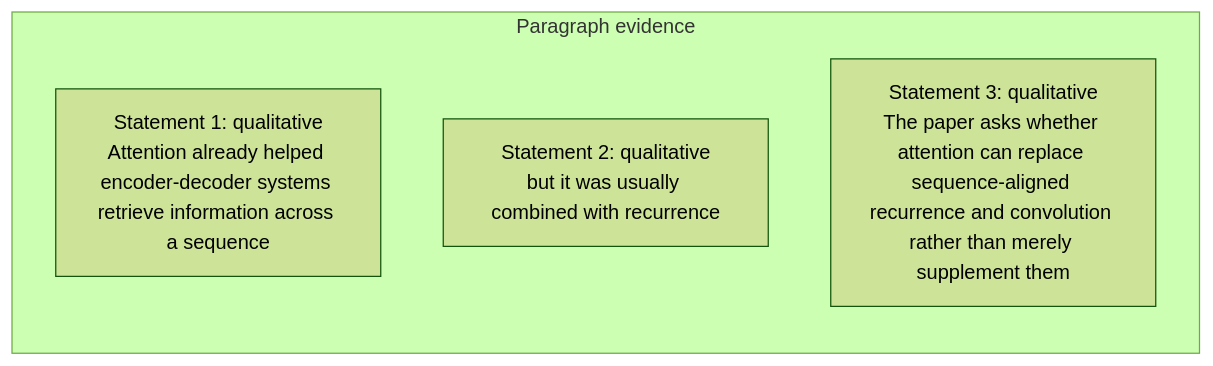
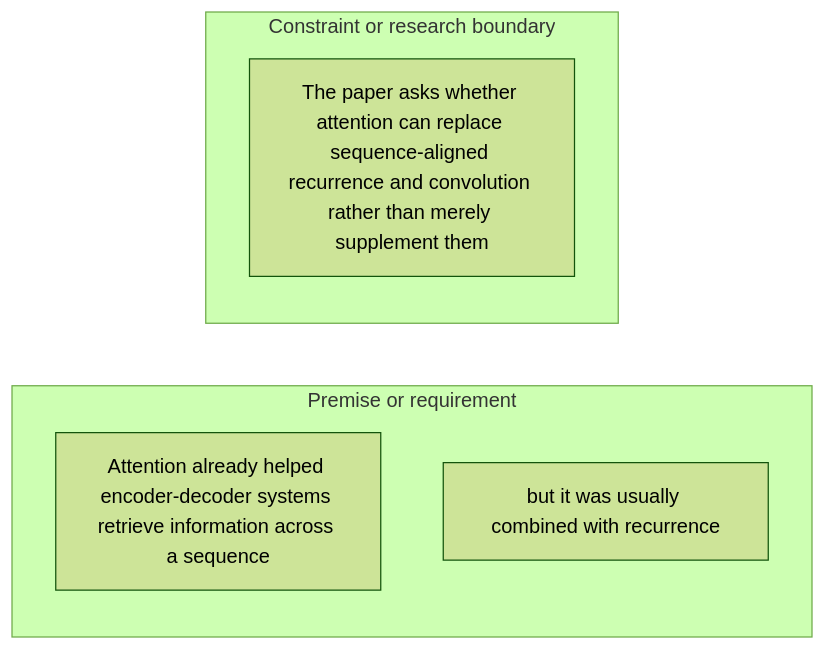
The fourth of 54 diagrams in docs/visual-manifests/VISUAL_MANIFEST_ATTENTION_IS_ALL_YOU_NEED.md (Betancourt1/paper_atlas), drawn with Mermaid (forest theme) before and after one commit. The commit also changed other lines of this file and 7 other files, not shown here.

````diff
--- a/docs/visual-manifests/VISUAL_MANIFEST_ATTENTION_IS_ALL_YOU_NEED.md
+++ b/docs/visual-manifests/VISUAL_MANIFEST_ATTENTION_IS_ALL_YOU_NEED.md
@@ -292,8 +318,10 @@
 ```mermaid
 flowchart LR
-  subgraph p1["Paragraph evidence"]
-    p1r1["Statement 1: qualitative<br/>Attention already helped encoder-decoder systems retrieve information across a sequence"]
-    p1r2["Statement 2: qualitative<br/>but it was usually combined with recurrence"]
-    p1r3["Statement 3: qualitative<br/>The paper asks whether attention can replace sequence-aligned recurrence and convolution rather than merely supplement them"]
+  subgraph g1["Premise or requirement"]
+    g1i1["Attention already helped encoder-decoder systems retrieve information across a sequence"]
+    g1i2["but it was usually combined with recurrence"]
+  end
+  subgraph g2["Constraint or research boundary"]
+    g2i1["The paper asks whether attention can replace sequence-aligned recurrence and convolution rather than merely supplement them"]
   end
 ```
````
